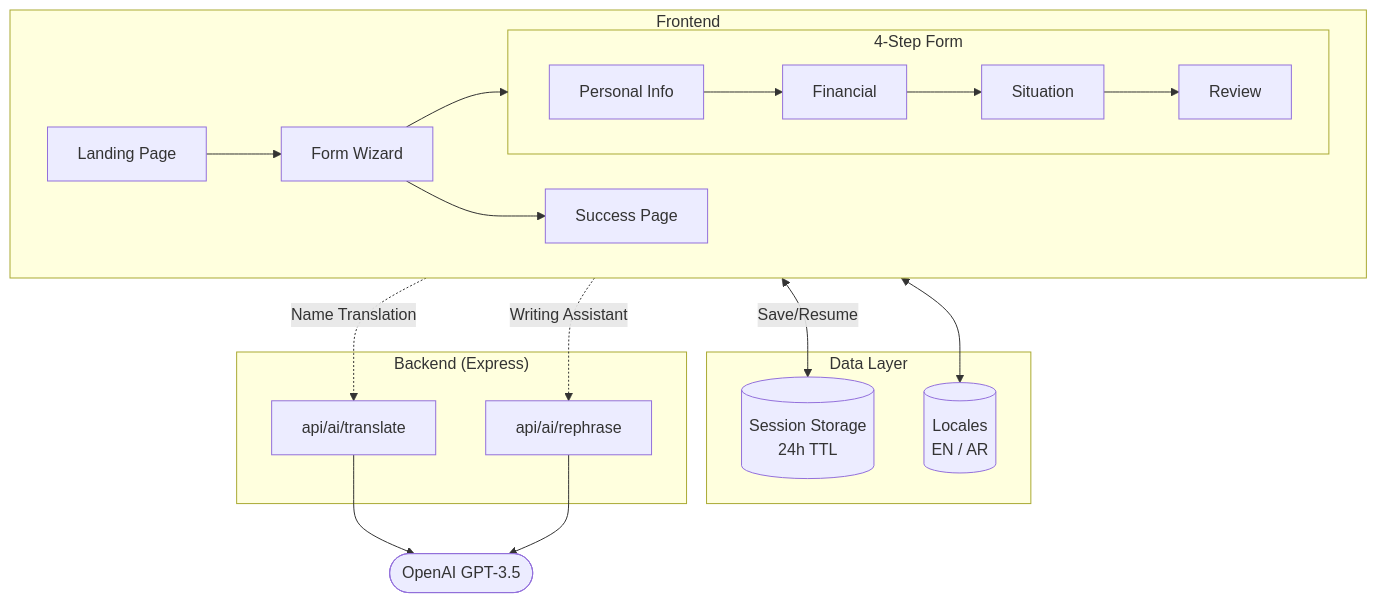
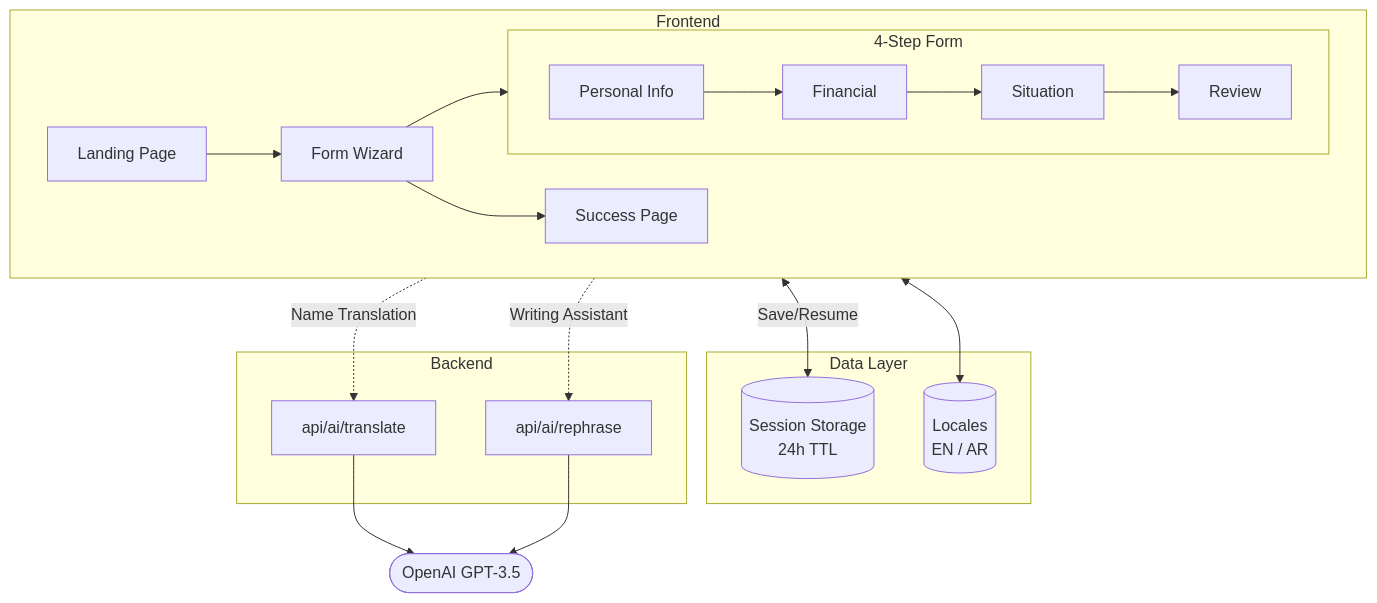
One commit to yz-abdulrehman-khan/social-support-app changed the diagram in README.md. Above: the diagram before and after it, drawn with Mermaid.

Commit message:
Simplify backend server description in README
Removed TTL information from backend section.

````diff
--- a/README.md
+++ b/README.md
@@ -87,31 +87,31 @@
 ```mermaid
 flowchart TB
     subgraph Client["Frontend"]
         direction LR
         Landing[Landing Page] --> Form[Form Wizard]
         Form --> Success[Success Page]
 
         subgraph FormSteps[4-Step Form]
             S1[Personal Info] --> S2[Financial] --> S3[Situation] --> S4[Review]
         end
     end
 
     subgraph Data["Data Layer"]
         Storage[(Session Storage<br/>24h TTL)]
         i18n[(Locales<br/>EN / AR)]
     end
 
-    subgraph Server["Backend (Express)"]
+    subgraph Server["Backend"]
         Translate["api/ai/translate"]
         Rephrase["api/ai/rephrase"]
     end
 
     OpenAI([OpenAI GPT-3.5])
 
     Form --> FormSteps
     Form <--> |Save/Resume| Storage
     Client <--> i18n
     S1 -.-> |Name Translation| Translate
     S3 -.-> |Writing Assistant| Rephrase
     Translate & Rephrase --> OpenAI
 ```
````
